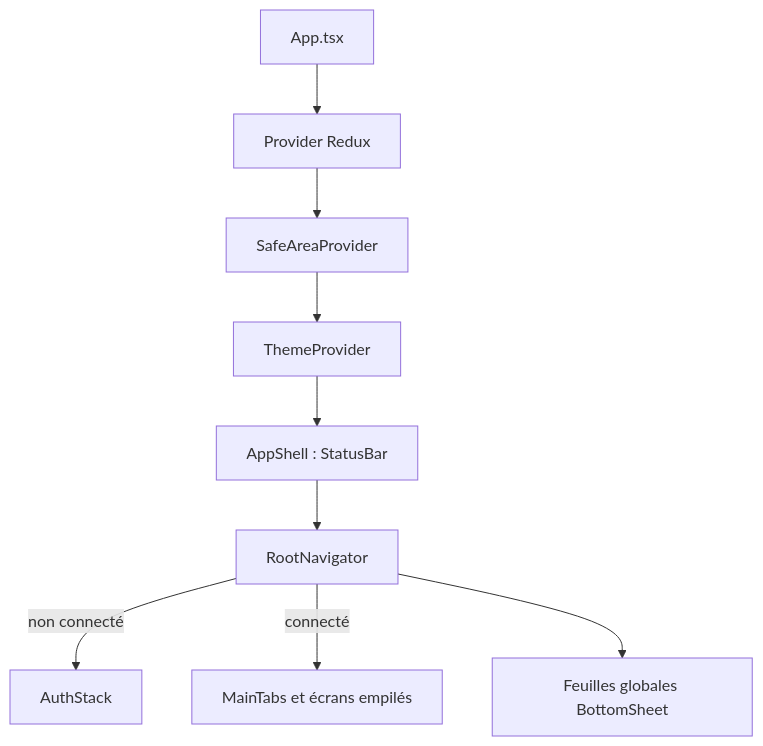
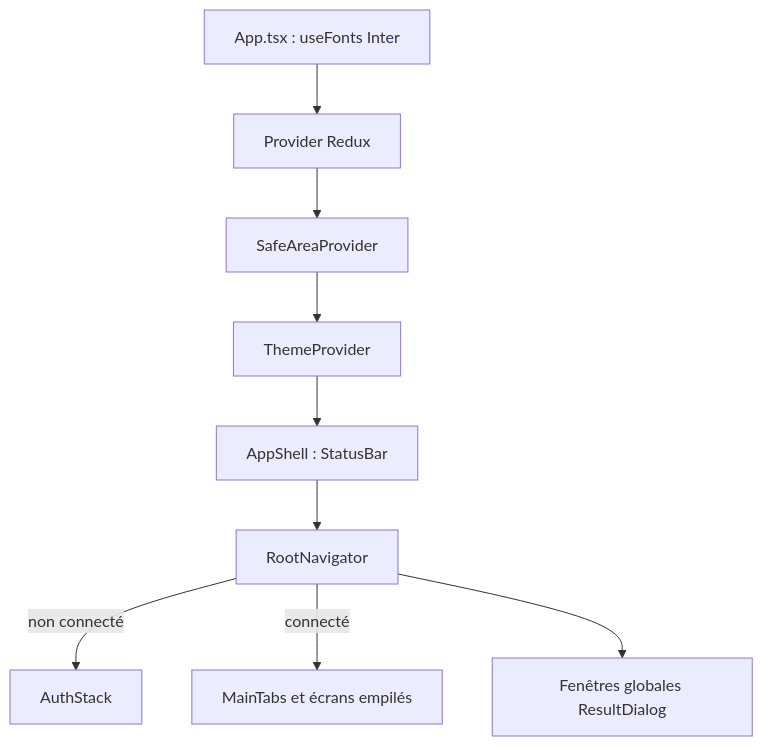
The diagram in documentation-officielle/content/mobile/structure.md (MarceauTDML/BlockLucky), drawn with Mermaid before and after one commit. The commit also changed other lines of this file and 211 other files, not shown here.

````diff
--- a/documentation-officielle/content/mobile/structure.md
+++ b/documentation-officielle/content/mobile/structure.md
@@ -84,11 +93,11 @@
 ```mermaid
 flowchart TD
-  A["App.tsx"] --> R["Provider Redux"]
+  A["App.tsx : useFonts Inter"] --> R["Provider Redux"]
   R --> S["SafeAreaProvider"]
   S --> T["ThemeProvider"]
   T --> SH["AppShell : StatusBar"]
   SH --> RN["RootNavigator"]
   RN -->|"non connecté"| AU["AuthStack"]
   RN -->|"connecté"| MT["MainTabs et écrans empilés"]
-  RN --> BS["Feuilles globales BottomSheet"]
+  RN --> BS["Fenêtres globales ResultDialog"]
 ```
````
